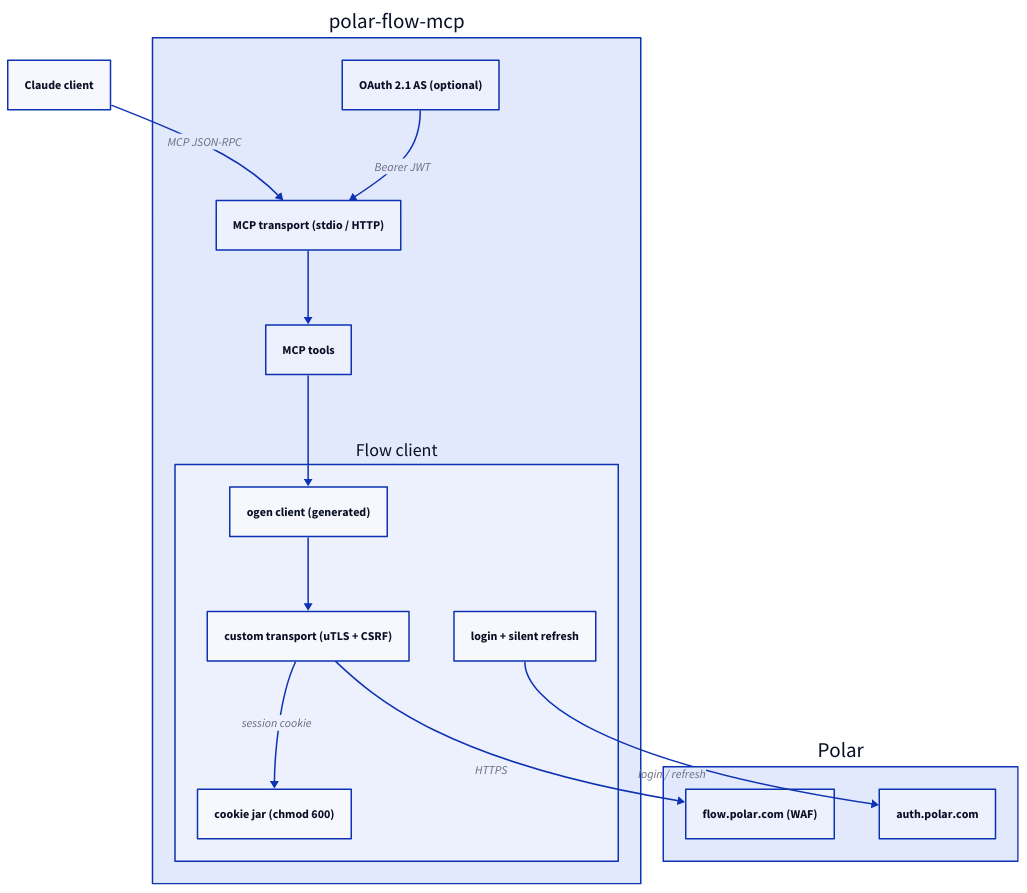
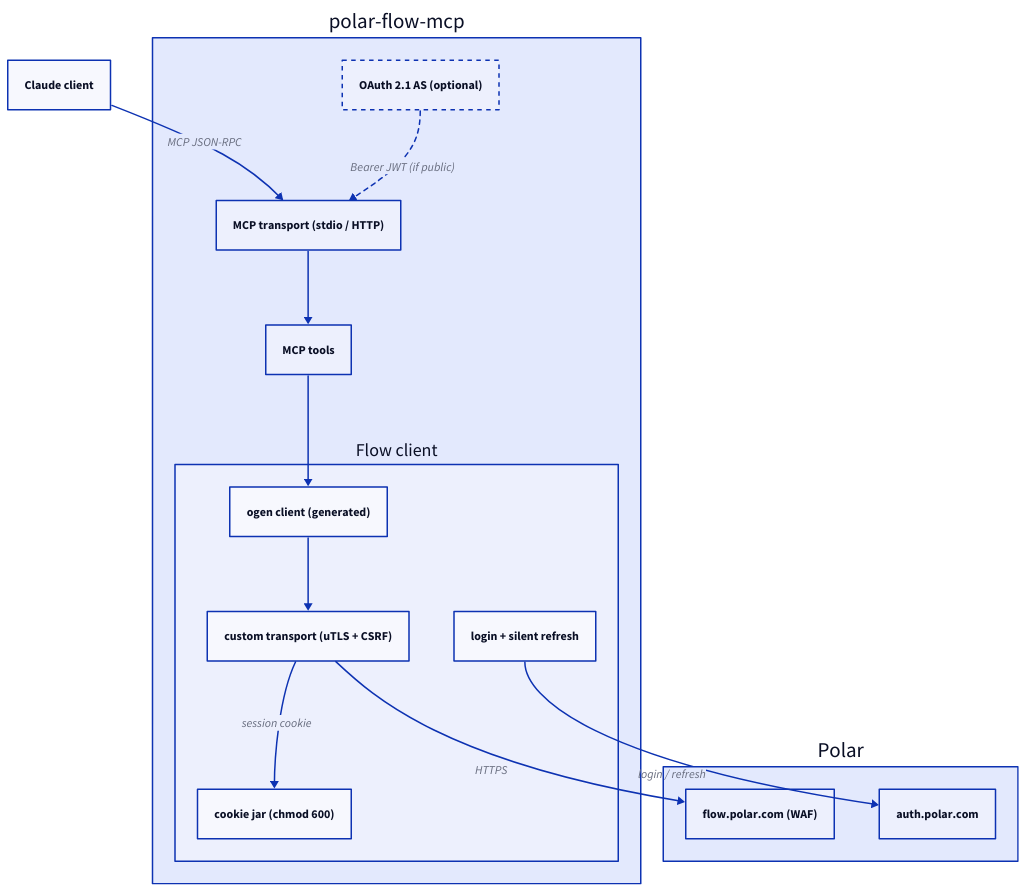
The diagram in docs/src/content/docs/explanation/why-flow-web-api.md (lmgarret/polar-flow-mcp), drawn with D2 before and after one commit. The commit also changed other lines of this file and 1 other file, not shown here.

Commit message:
docs: cap D2 diagram width, mark optional OAuth AS as dashed
- Cap inline D2 diagrams at 480px (centred) so the vertical architecture
  diagram no longer stretches to the full column and read as over-zoomed.
- Render the OAuth 2.1 Authorization Server node and its Bearer-token edge
  dashed to signal that inbound OAuth is optional, and add a caption: it is
  off by default and only enabled by OAUTH_PUBLIC_URL (with it unset, /mcp
  has no inbound auth).

Claude-Session: https://claude.ai/code/session_0127HMEBNLwchAdSMbPJbqxA

````diff
--- a/docs/src/content/docs/explanation/why-flow-web-api.md
+++ b/docs/src/content/docs/explanation/why-flow-web-api.md
@@ -45,31 +45,35 @@
 ```d2
 direction: down
 
 claude: Claude client
 
 server: polar-flow-mcp {
   transport: MCP transport (stdio / HTTP)
-  auth: OAuth 2.1 AS (optional)
+  auth: OAuth 2.1 AS (optional) {
+    style.stroke-dash: 3
+  }
   tools: MCP tools
   flow: Flow client {
     ogen: ogen client (generated)
     tr: custom transport (uTLS + CSRF)
     jar: cookie jar (chmod 600)
     login: login + silent refresh
   }
 }
 
 polar: Polar {
   waf: flow.polar.com (WAF)
   authp: auth.polar.com
 }
 
 claude -> server.transport: MCP JSON-RPC
-server.auth -> server.transport: Bearer JWT
+server.auth -> server.transport: Bearer JWT (if public) {
+  style.stroke-dash: 3
+}
 server.transport -> server.tools
 server.tools -> server.flow.ogen
 server.flow.ogen -> server.flow.tr
 server.flow.tr -> server.flow.jar: session cookie
 server.flow.tr -> polar.waf: HTTPS
 server.flow.login -> polar.authp: login / refresh
 ```
````
